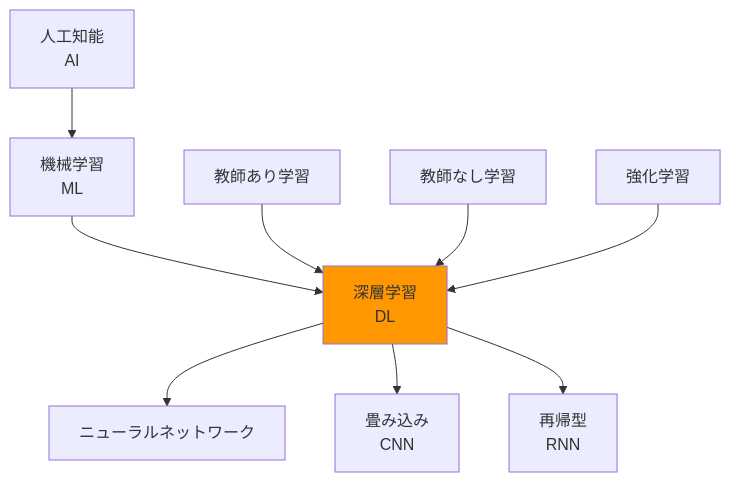
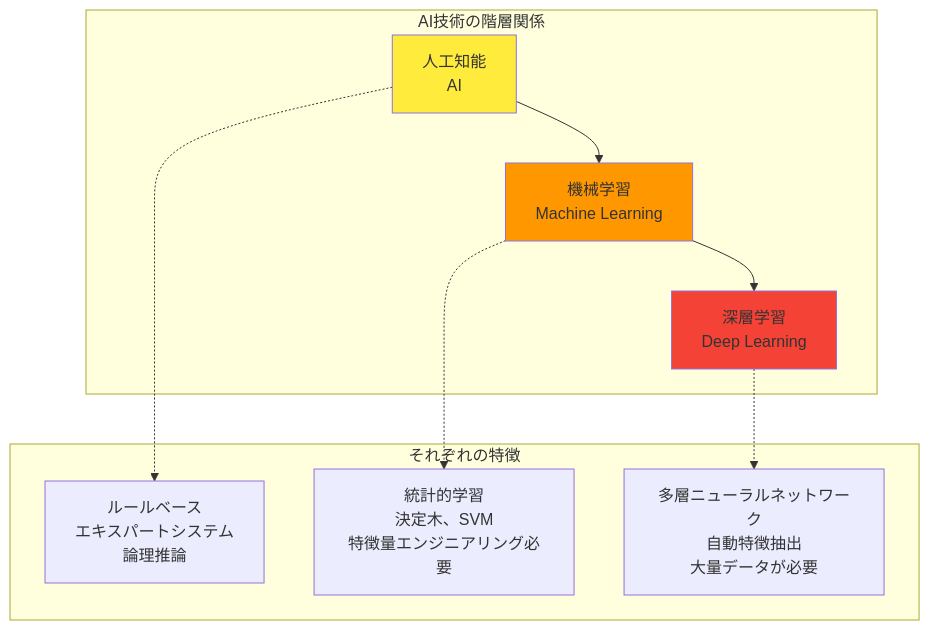
One commit to SparklingDetergent/doc_genai_mental_model changed diagram 11 of 28 in AI/DeepLearning/README.MD. Above: the diagram before and after it, drawn with Mermaid. The commit also changed other lines of this file, not shown here.

````diff
--- a/AI/DeepLearning/README.MD
+++ b/AI/DeepLearning/README.MD
@@ -212,15 +403,25 @@
 ```mermaid
 graph TD
-    A[人工知能<br/>AI] --> B[機械学習<br/>ML]
-    B --> C[深層学習<br/>DL]
+    subgraph "AI技術の階層関係"
+        AI[人工知能<br/>AI]
+        ML[機械学習<br/>Machine Learning]
+        DL[深層学習<br/>Deep Learning]
+        
+        AI --> ML
+        ML --> DL
+    end
     
-    C --> D[ニューラルネットワーク]
-    C --> E[畳み込み<br/>CNN]
-    C --> F[再帰型<br/>RNN]
+    subgraph "それぞれの特徴"
+        AI_DESC[ルールベース<br/>エキスパートシステム<br/>論理推論]
+        ML_DESC[統計的学習<br/>決定木、SVM<br/>特徴量エンジニアリング必要]
+        DL_DESC[多層ニューラルネットワーク<br/>自動特徴抽出<br/>大量データが必要]
+    end
     
-    G[教師あり学習] --> C
-    H[教師なし学習] --> C
-    I[強化学習] --> C
+    AI -.-> AI_DESC
+    ML -.-> ML_DESC
+    DL -.-> DL_DESC
     
-    style C fill:#ff9800
+    style AI fill:#ffeb3b
+    style ML fill:#ff9800
+    style DL fill:#f44336
 ```
````
